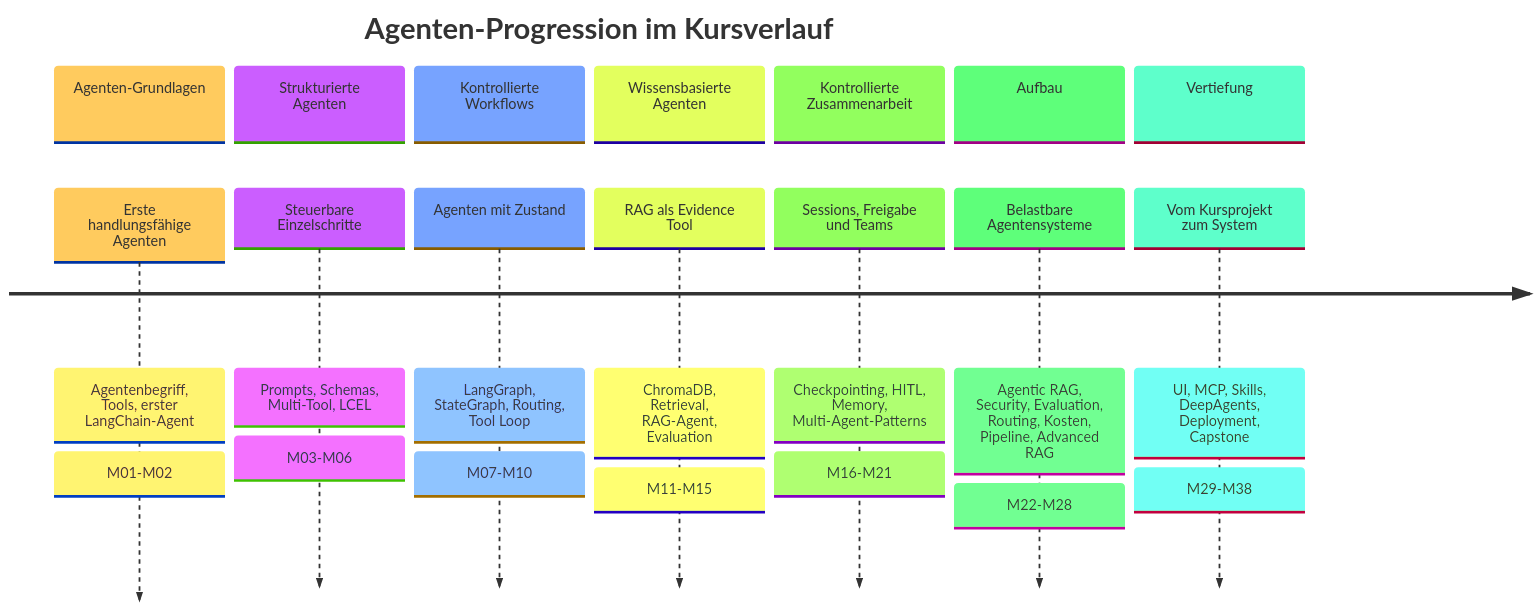
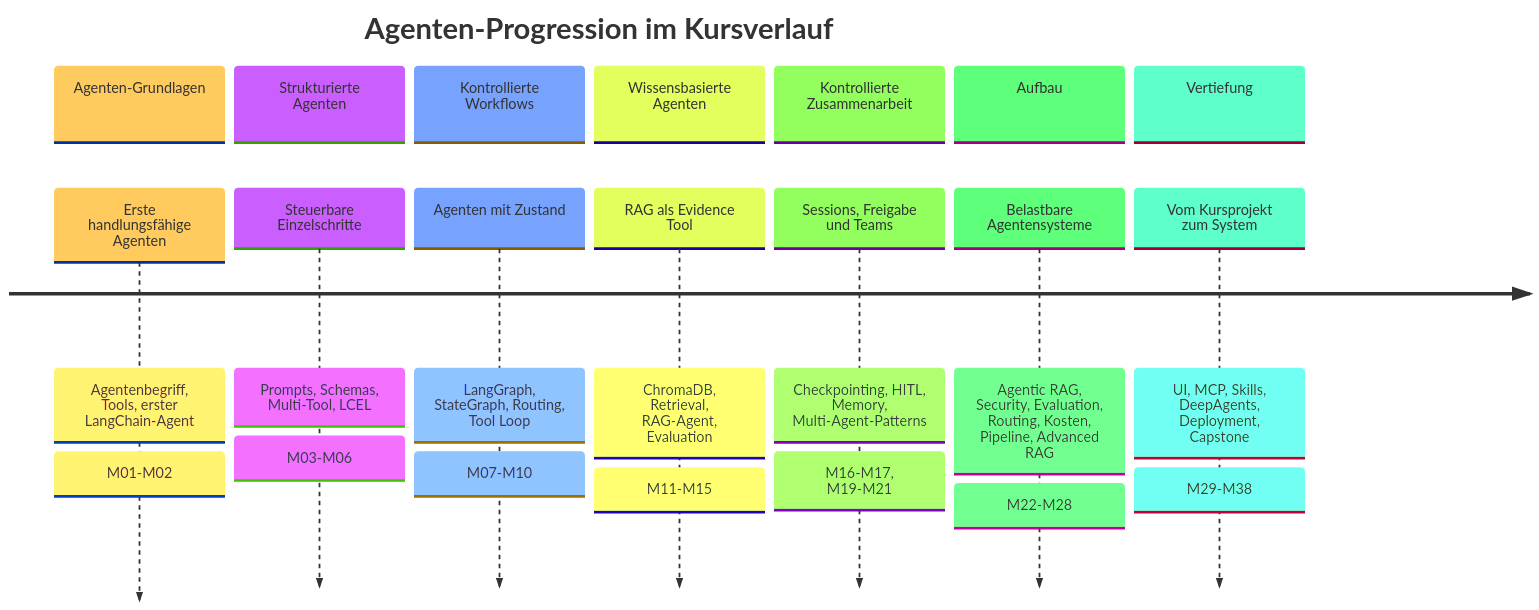
The diagram in docs/02-orientierung-entscheidung/kursueberblick.md (ralf-42/Agenten), drawn with Mermaid before and after one commit. The commit also changed other lines of this file and 18 other files, not shown here.

````diff
--- a/docs/02-orientierung-entscheidung/kursueberblick.md
+++ b/docs/02-orientierung-entscheidung/kursueberblick.md
@@ -79,36 +79,36 @@
 ```mermaid
 %%{init: {
   'theme': 'base',
   'themeVariables': {
     'timelineLineColor': '#2e7d32',
     'sectionBkgColor': '#c8e6c9',
     'sectionTextColor': '#1b5e20',
     'containerBkgColor': '#f9f9f9',
     'taskBkgColor': '#e8f5e9',
     'taskTextColor': '#1b5e20'
   }
 }}%%
 timeline
     title Agenten-Progression im Kursverlauf
     section Agenten-Grundlagen
         Erste handlungsfähige Agenten : Agentenbegriff, Tools, erster LangChain-Agent
                                      : M01-M02
     section Strukturierte Agenten
         Steuerbare Einzelschritte     : Prompts, Schemas, Multi-Tool, LCEL
                                      : M03-M06
     section Kontrollierte Workflows
         Agenten mit Zustand           : LangGraph, StateGraph, Routing, Tool Loop
                                      : M07-M10
     section Wissensbasierte Agenten
         RAG als Evidence Tool         : ChromaDB, Retrieval, RAG-Agent, Evaluation
                                      : M11-M15
     section Kontrollierte Zusammenarbeit
         Sessions, Freigabe und Teams  : Checkpointing, HITL, Memory, Multi-Agent-Patterns
-                                     : M16-M21
+                                     : M16-M17, M19-M21
     section Aufbau
         Belastbare Agentensysteme     : Agentic RAG, Security, Evaluation, Routing, Kosten, Pipeline, Advanced RAG
                                      : M22-M28
     section Vertiefung
         Vom Kursprojekt zum System    : UI, MCP, Skills, DeepAgents, Deployment, Capstone
                                      : M29-M38
 ```
````
